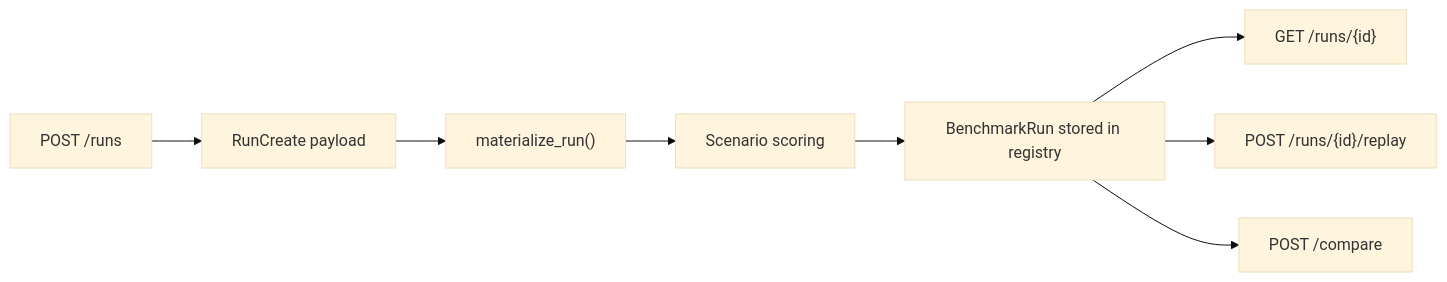
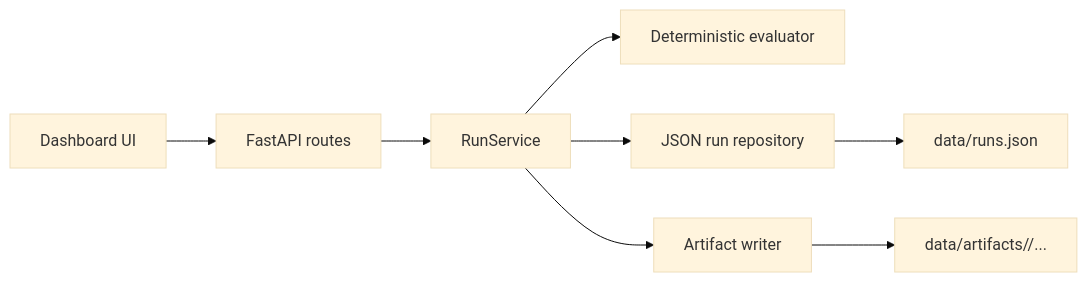
One commit to fatimmajumder/re-amp-audio-eval changed the diagram in README.md. Above: the diagram before and after it, drawn with Mermaid (base theme). The commit also changed other lines of this file and 18 other files, not shown here.

Commit message:
Build full-stack RE-AMP benchmark dashboard

````diff
--- a/README.md
+++ b/README.md
@@ -35,10 +54,10 @@
 ```mermaid
 flowchart LR
-    A["POST /runs"] --> B["RunCreate payload"]
-    B --> C["materialize_run()"]
-    C --> D["Scenario scoring"]
-    D --> E["BenchmarkRun stored in registry"]
-    E --> F["GET /runs/{id}"]
-    E --> G["POST /runs/{id}/replay"]
-    E --> H["POST /compare"]
+    A["Dashboard UI"] --> B["FastAPI routes"]
+    B --> C["RunService"]
+    C --> D["Deterministic evaluator"]
+    C --> E["JSON run repository"]
+    C --> F["Artifact writer"]
+    E --> G["data/runs.json"]
+    F --> H["data/artifacts/<run_id>/..."]
 ```
````
